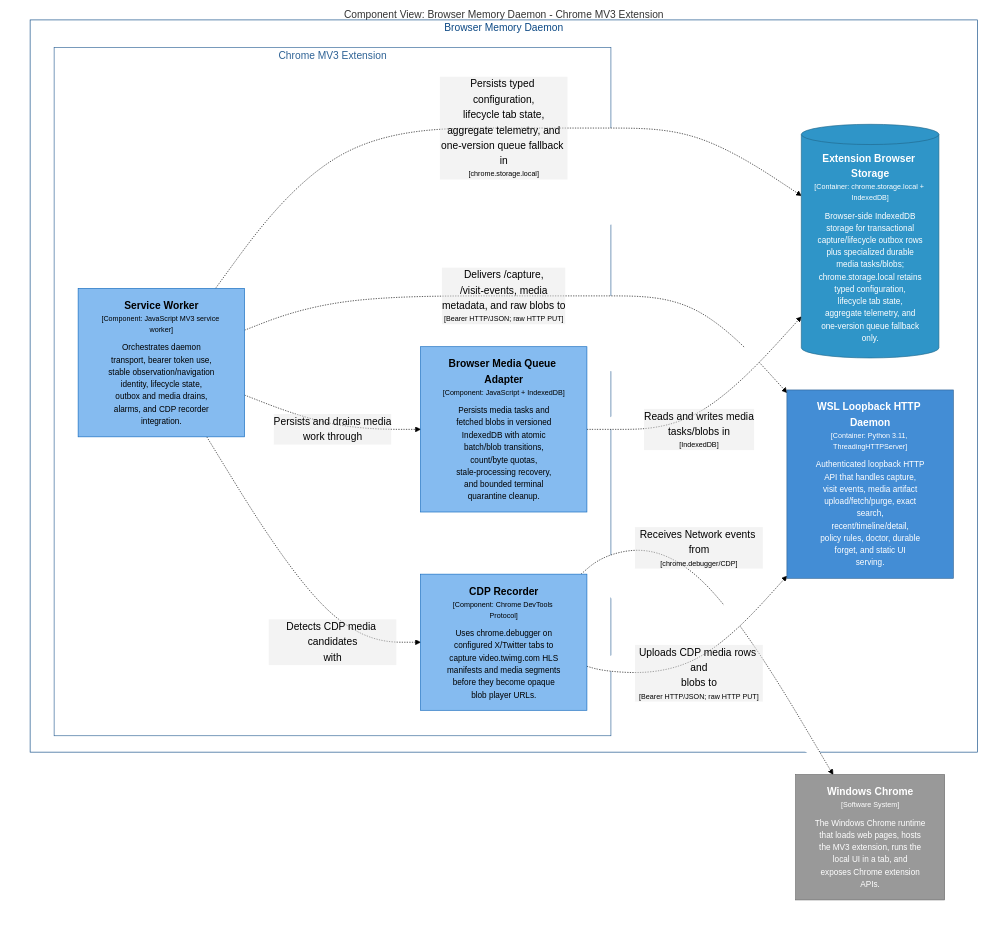
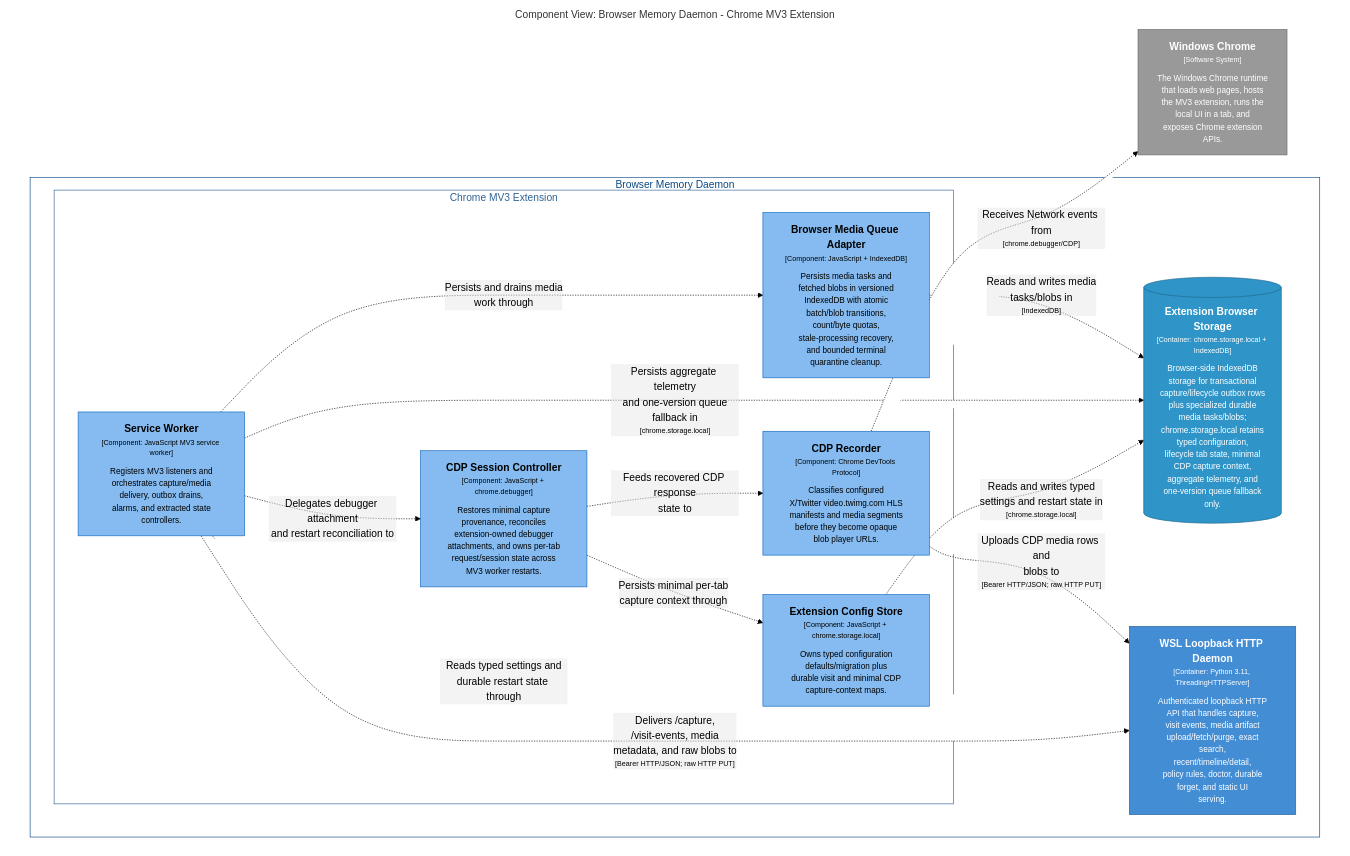
One commit to michaelnicks0/browser-memory-daemon changed the diagram in docs/architecture/diagrams/markdown/ExtensionMediaComponents.md. Above: the diagram before and after it, drawn with Mermaid (forest theme). The commit also changed 193 other files, not shown here.

Commit message:
refactor(extension): extract MV3 restart-state controllers

````diff
--- a/docs/architecture/diagrams/markdown/ExtensionMediaComponents.md
+++ b/docs/architecture/diagrams/markdown/ExtensionMediaComponents.md
@@ -16,40 +16,48 @@
 ```mermaid
 graph TB
   linkStyle default fill:#ffffff
 
   subgraph diagram ["Component View: Browser Memory Daemon - Chrome MV3 Extension"]
     style diagram fill:#ffffff,stroke:#ffffff
 
     2["<div style='font-weight: bold'>Windows Chrome</div><div style='font-size: 70%; margin-top: 0px'>[Software System]</div><div style='font-size: 80%; margin-top:10px'>The Windows Chrome runtime<br />that loads web pages, hosts<br />the MV3 extension, runs the<br />local UI in a tab, and<br />exposes Chrome extension<br />APIs.</div>"]
     style 2 fill:#999999,stroke:#6b6b6b,color:#ffffff
 
     subgraph 4 ["Browser Memory Daemon"]
       style 4 fill:#ffffff,stroke:#0b4884,color:#0b4884
 
       subgraph 5 ["Chrome MV3 Extension"]
         style 5 fill:#ffffff,stroke:#2e6295,color:#2e6295
 
-        11["<div style='font-weight: bold'>Browser Media Queue Adapter</div><div style='font-size: 70%; margin-top: 0px'>[Component: JavaScript + IndexedDB]</div><div style='font-size: 80%; margin-top:10px'>Persists media tasks and<br />fetched blobs in versioned<br />IndexedDB with atomic<br />batch/blob transitions,<br />count/byte quotas,<br />stale-processing recovery,<br />and bounded terminal<br />quarantine cleanup.</div>"]
-        style 11 fill:#85bbf0,stroke:#1168bd,color:#000000
-        12["<div style='font-weight: bold'>CDP Recorder</div><div style='font-size: 70%; margin-top: 0px'>[Component: Chrome DevTools Protocol]</div><div style='font-size: 80%; margin-top:10px'>Uses chrome.debugger on<br />configured X/Twitter tabs to<br />capture video.twimg.com HLS<br />manifests and media segments<br />before they become opaque<br />blob player URLs.</div>"]
-        style 12 fill:#85bbf0,stroke:#1168bd,color:#000000
-        9["<div style='font-weight: bold'>Service Worker</div><div style='font-size: 70%; margin-top: 0px'>[Component: JavaScript MV3 service worker]</div><div style='font-size: 80%; margin-top:10px'>Orchestrates daemon<br />transport, bearer token use,<br />stable observation/navigation<br />identity, lifecycle state,<br />outbox and media drains,<br />alarms, and CDP recorder<br />integration.</div>"]
+        10["<div style='font-weight: bold'>Extension Config Store</div><div style='font-size: 70%; margin-top: 0px'>[Component: JavaScript + chrome.storage.local]</div><div style='font-size: 80%; margin-top:10px'>Owns typed configuration<br />defaults/migration plus<br />durable visit and minimal CDP<br />capture-context maps.</div>"]
+        style 10 fill:#85bbf0,stroke:#1168bd,color:#000000
+        14["<div style='font-weight: bold'>Browser Media Queue Adapter</div><div style='font-size: 70%; margin-top: 0px'>[Component: JavaScript + IndexedDB]</div><div style='font-size: 80%; margin-top:10px'>Persists media tasks and<br />fetched blobs in versioned<br />IndexedDB with atomic<br />batch/blob transitions,<br />count/byte quotas,<br />stale-processing recovery,<br />and bounded terminal<br />quarantine cleanup.</div>"]
+        style 14 fill:#85bbf0,stroke:#1168bd,color:#000000
+        15["<div style='font-weight: bold'>CDP Recorder</div><div style='font-size: 70%; margin-top: 0px'>[Component: Chrome DevTools Protocol]</div><div style='font-size: 80%; margin-top:10px'>Classifies configured<br />X/Twitter video.twimg.com HLS<br />manifests and media segments<br />before they become opaque<br />blob player URLs.</div>"]
+        style 15 fill:#85bbf0,stroke:#1168bd,color:#000000
+        16["<div style='font-weight: bold'>CDP Session Controller</div><div style='font-size: 70%; margin-top: 0px'>[Component: JavaScript + chrome.debugger]</div><div style='font-size: 80%; margin-top:10px'>Restores minimal capture<br />provenance, reconciles<br />extension-owned debugger<br />attachments, and owns per-tab<br />request/session state across<br />MV3 worker restarts.</div>"]
+        style 16 fill:#85bbf0,stroke:#1168bd,color:#000000
+        9["<div style='font-weight: bold'>Service Worker</div><div style='font-size: 70%; margin-top: 0px'>[Component: JavaScript MV3 service worker]</div><div style='font-size: 80%; margin-top:10px'>Registers MV3 listeners and<br />orchestrates capture/media<br />delivery, outbox drains,<br />alarms, and extracted state<br />controllers.</div>"]
         style 9 fill:#85bbf0,stroke:#1168bd,color:#000000
       end
 
-      14[("<div style='font-weight: bold'>Extension Browser Storage</div><div style='font-size: 70%; margin-top: 0px'>[Container: chrome.storage.local + IndexedDB]</div><div style='font-size: 80%; margin-top:10px'>Browser-side IndexedDB<br />storage for transactional<br />capture/lifecycle outbox rows<br />plus specialized durable<br />media tasks/blobs;<br />chrome.storage.local retains<br />typed configuration,<br />lifecycle tab state,<br />aggregate telemetry, and<br />one-version queue fallback<br />only.</div>")]
-      style 14 fill:#2f95c8,stroke:#20688c,color:#ffffff
-      15["<div style='font-weight: bold'>WSL Loopback HTTP Daemon</div><div style='font-size: 70%; margin-top: 0px'>[Container: Python 3.11, ThreadingHTTPServer]</div><div style='font-size: 80%; margin-top:10px'>Authenticated loopback HTTP<br />API that handles capture,<br />visit events, media artifact<br />upload/fetch/purge, exact<br />search,<br />recent/timeline/detail,<br />policy rules, doctor, durable<br />forget, and static UI<br />serving.</div>"]
-      style 15 fill:#438dd5,stroke:#2e6295,color:#ffffff
+      18[("<div style='font-weight: bold'>Extension Browser Storage</div><div style='font-size: 70%; margin-top: 0px'>[Container: chrome.storage.local + IndexedDB]</div><div style='font-size: 80%; margin-top:10px'>Browser-side IndexedDB<br />storage for transactional<br />capture/lifecycle outbox rows<br />plus specialized durable<br />media tasks/blobs;<br />chrome.storage.local retains<br />typed configuration,<br />lifecycle tab state, minimal<br />CDP capture context,<br />aggregate telemetry, and<br />one-version queue fallback<br />only.</div>")]
+      style 18 fill:#2f95c8,stroke:#20688c,color:#ffffff
+      19["<div style='font-weight: bold'>WSL Loopback HTTP Daemon</div><div style='font-size: 70%; margin-top: 0px'>[Container: Python 3.11, ThreadingHTTPServer]</div><div style='font-size: 80%; margin-top:10px'>Authenticated loopback HTTP<br />API that handles capture,<br />visit events, media artifact<br />upload/fetch/purge, exact<br />search,<br />recent/timeline/detail,<br />policy rules, doctor, durable<br />forget, and static UI<br />serving.</div>"]
+      style 19 fill:#438dd5,stroke:#2e6295,color:#ffffff
     end
 
-    9-. "<div>Persists typed configuration,<br />lifecycle tab state,<br />aggregate telemetry, and<br />one-version queue fallback in</div><div style='font-size: 70%'>[chrome.storage.local]</div>" .->14
-    9-. "<div>Delivers /capture,<br />/visit-events, media<br />metadata, and raw blobs to</div><div style='font-size: 70%'>[Bearer HTTP/JSON; raw HTTP PUT]</div>" .->15
-    9-. "<div>Persists and drains media<br />work through</div><div style='font-size: 70%'></div>" .->11
-    11-. "<div>Reads and writes media<br />tasks/blobs in</div><div style='font-size: 70%'>[IndexedDB]</div>" .->14
-    9-. "<div>Detects CDP media candidates<br />with</div><div style='font-size: 70%'></div>" .->12
-    12-. "<div>Receives Network events from</div><div style='font-size: 70%'>[chrome.debugger/CDP]</div>" .->2
-    12-. "<div>Uploads CDP media rows and<br />blobs to</div><div style='font-size: 70%'>[Bearer HTTP/JSON; raw HTTP PUT]</div>" .->15
+    9-. "<div>Reads typed settings and<br />durable restart state through</div><div style='font-size: 70%'></div>" .->10
+    10-. "<div>Reads and writes typed<br />settings and restart state in</div><div style='font-size: 70%'>[chrome.storage.local]</div>" .->18
+    9-. "<div>Persists aggregate telemetry<br />and one-version queue<br />fallback in</div><div style='font-size: 70%'>[chrome.storage.local]</div>" .->18
+    9-. "<div>Delivers /capture,<br />/visit-events, media<br />metadata, and raw blobs to</div><div style='font-size: 70%'>[Bearer HTTP/JSON; raw HTTP PUT]</div>" .->19
+    9-. "<div>Persists and drains media<br />work through</div><div style='font-size: 70%'></div>" .->14
+    14-. "<div>Reads and writes media<br />tasks/blobs in</div><div style='font-size: 70%'>[IndexedDB]</div>" .->18
+    9-. "<div>Delegates debugger attachment<br />and restart reconciliation to</div><div style='font-size: 70%'></div>" .->16
+    16-. "<div>Persists minimal per-tab<br />capture context through</div><div style='font-size: 70%'></div>" .->10
+    16-. "<div>Feeds recovered CDP response<br />state to</div><div style='font-size: 70%'></div>" .->15
+    15-. "<div>Receives Network events from</div><div style='font-size: 70%'>[chrome.debugger/CDP]</div>" .->2
+    15-. "<div>Uploads CDP media rows and<br />blobs to</div><div style='font-size: 70%'>[Bearer HTTP/JSON; raw HTTP PUT]</div>" .->19
 
   end
 ```
````
